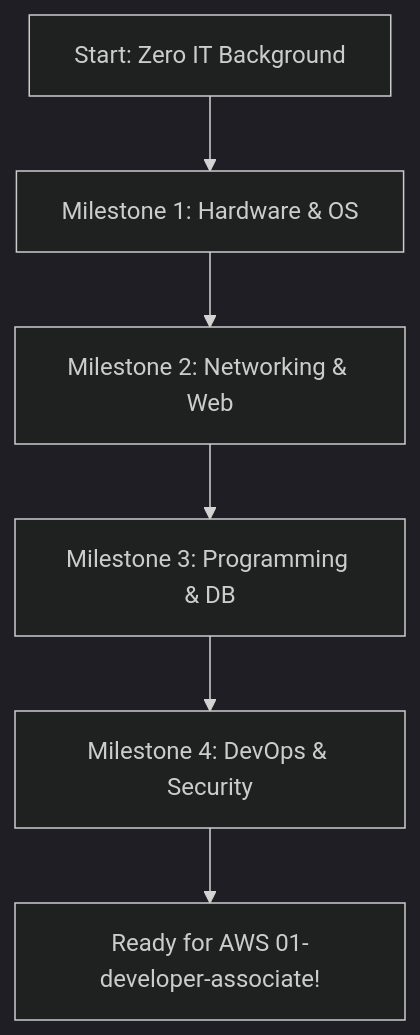
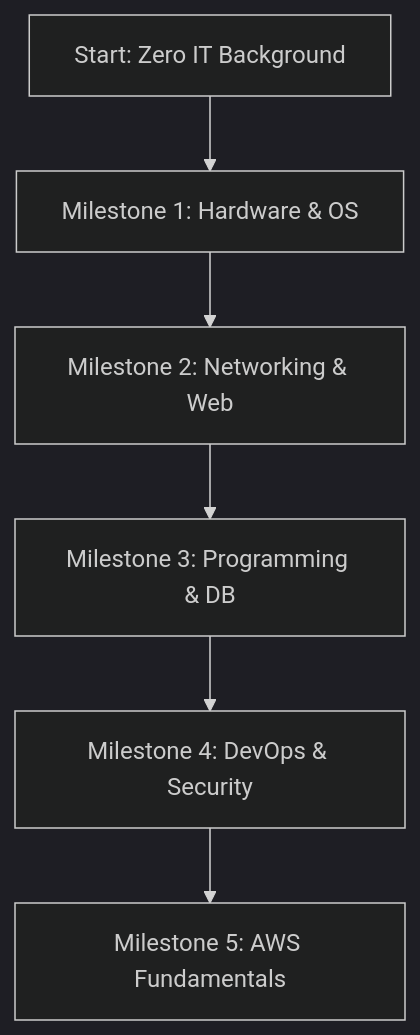
One commit to sst-cloud-solutions/aws-study-library changed the diagram in docs/00-it-foundation/beginner-roadmap.md. Above: the diagram before and after it, drawn with Mermaid (dark theme). The commit also changed other lines of this file and 337 other files, not shown here.

````diff
--- a/docs/00-it-foundation/beginner-roadmap.md
+++ b/docs/00-it-foundation/beginner-roadmap.md
@@ -21,8 +21,8 @@
 ```mermaid
 graph TD
     Start[Start: Zero IT Background] --> M1[Milestone 1: Hardware & OS]
     M1 --> M2[Milestone 2: Networking & Web]
     M2 --> M3[Milestone 3: Programming & DB]
     M3 --> M4[Milestone 4: DevOps & Security]
-    M4 --> End[Ready for AWS 01-developer-associate!]
+    M4 --> End[Milestone 5: AWS Fundamentals]
 ```
````
